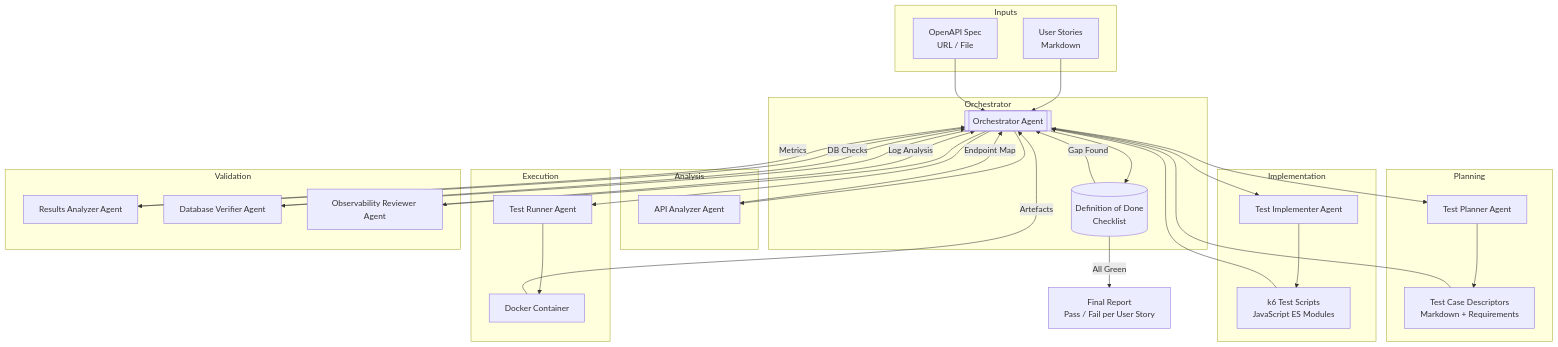
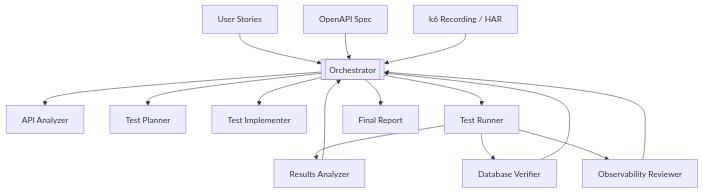
Before and after one commit to aydabd/k6-performance-tests: the diagram in docs/plans/wp-12-ai-agent-test-automation.md, drawn with Mermaid. The commit also changed other lines of this file and 12 other files, not shown here.

````diff
--- a/docs/plans/wp-12-ai-agent-test-automation.md
+++ b/docs/plans/wp-12-ai-agent-test-automation.md
@@ -60,62 +31,20 @@
 ```mermaid
 flowchart TD
-    subgraph Inputs
-        US[User Stories<br/>Markdown]
-        OA[OpenAPI Spec<br/>URL / File]
-    end
+    US[User Stories] --> ORCH[[Orchestrator]]
+    OA[OpenAPI Spec] --> ORCH
+    REC[k6 Recording / HAR] --> ORCH
 
-    subgraph Orchestrator
-        ORCH[[Orchestrator Agent]]
-        DOD[(Definition of Done<br/>Checklist)]
-    end
+    ORCH --> AA[API Analyzer]
+    ORCH --> TP[Test Planner]
+    ORCH --> TI[Test Implementer]
+    ORCH --> TR[Test Runner]
 
-    subgraph Analysis
-        AA[API Analyzer Agent]
-    end
+    TR --> RA[Results Analyzer]
+    TR --> DV[Database Verifier]
+    TR --> OR[Observability Reviewer]
 
-    subgraph Planning
-        TP[Test Planner Agent]
-        TC[Test Case Descriptors<br/>Markdown + Requirements]
-    end
-
-    subgraph Implementation
-        TI[Test Implementer Agent]
-        K6[k6 Test Scripts<br/>JavaScript ES Modules]
-    end
-
-    subgraph Execution
-        TR[Test Runner Agent]
-        CTR[Docker Container]
-    end
-
-    subgraph Validation
-        RA[Results Analyzer Agent]
-        DV[Database Verifier Agent]
-        OR[Observability Reviewer Agent]
-    end
-
-    RPT[Final Report<br/>Pass / Fail per User Story]
-
-    US --> ORCH
-    OA --> ORCH
-    ORCH --> AA
-    AA -->|Endpoint Map| ORCH
-    ORCH --> TP
-    TP --> TC
-    TC --> ORCH
-    ORCH --> TI
-    TI --> K6
-    K6 --> ORCH
-    ORCH --> TR
-    TR --> CTR
-    CTR -->|Artefacts| ORCH
-    ORCH --> RA
-    ORCH --> DV
-    ORCH --> OR
-    RA -->|Metrics| ORCH
-    DV -->|DB Checks| ORCH
-    OR -->|Log Analysis| ORCH
-    ORCH --> DOD
-    DOD -->|All Green| RPT
-    DOD -->|Gap Found| ORCH
+    RA --> ORCH
+    DV --> ORCH
+    OR --> ORCH
+    ORCH --> RPT[Final Report]
 ```
````
